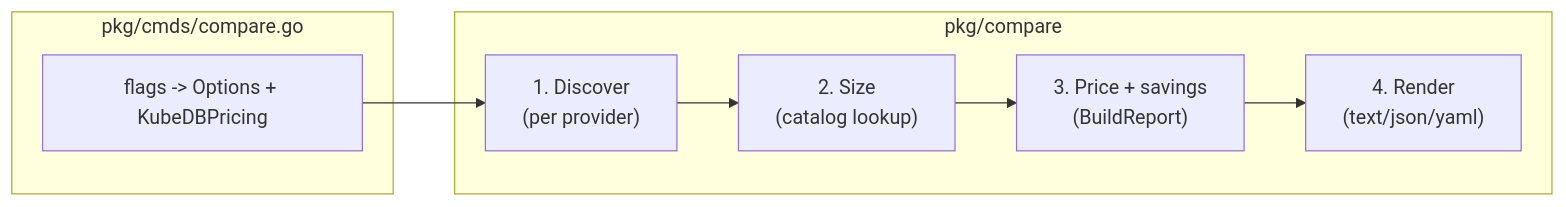
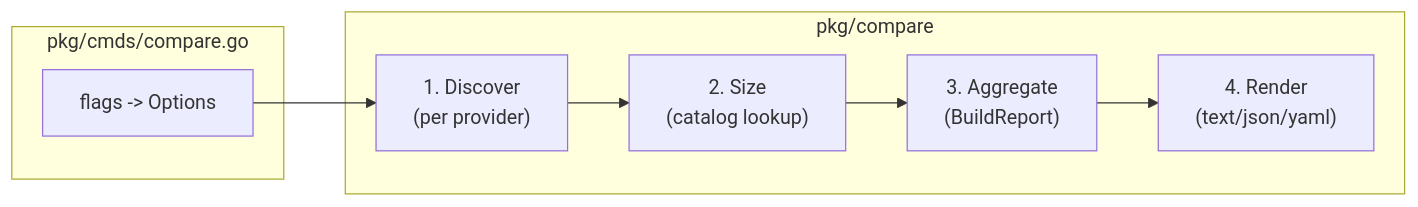
The diagram in DESIGN.md (appscode/resource-calculator), drawn with Mermaid before and after one commit. The commit also changed other lines of this file and 15 other files, not shown here.

````diff
--- a/DESIGN.md
+++ b/DESIGN.md
@@ -50,13 +51,13 @@
 ```mermaid
 flowchart LR
   subgraph cmd["pkg/cmds/compare.go"]
-    F[flags -> Options + KubeDBPricing]
+    F[flags -> Options]
   end
   subgraph pkg["pkg/compare"]
     D["1. Discover\n(per provider)"]
     S["2. Size\n(catalog lookup)"]
-    P["3. Price + savings\n(BuildReport)"]
+    P["3. Aggregate\n(BuildReport)"]
     R["4. Render\n(text/json/yaml)"]
   end
   F --> D --> S --> P --> R
 ```
````
